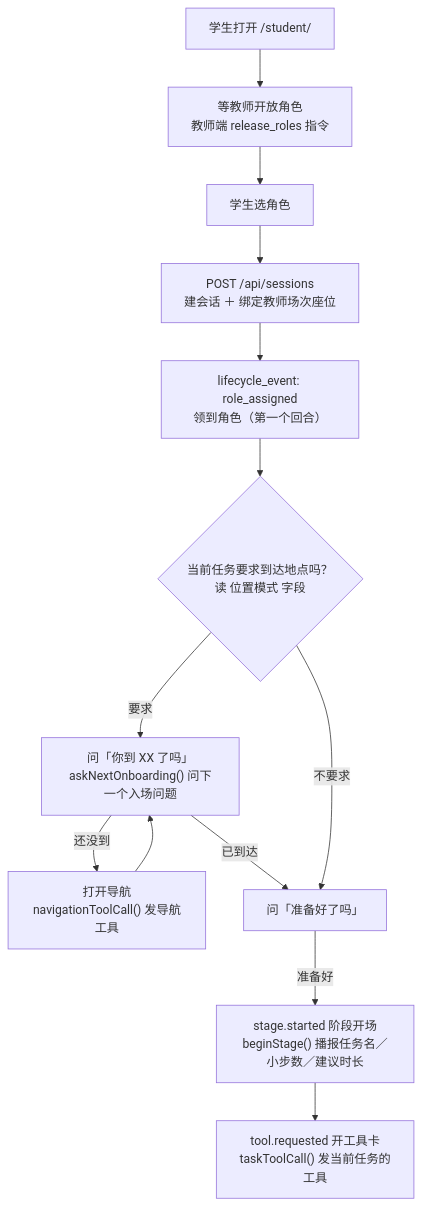
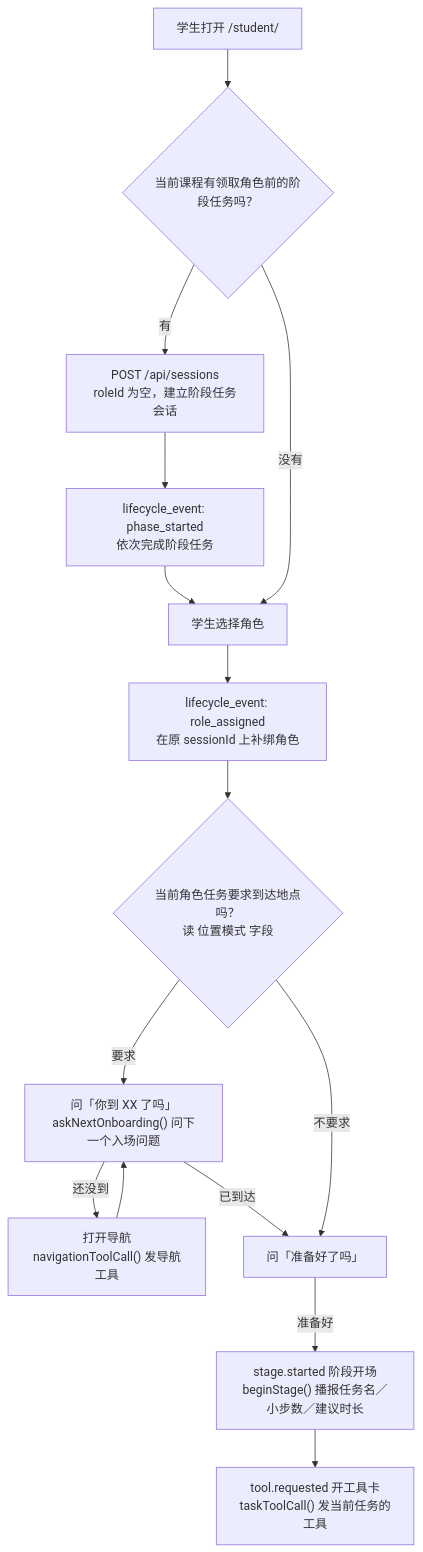
The third of 7 diagrams in TECHNICAL-LOGIC.md (sonya8892l-byte/bounderless-learning), drawn with Mermaid before and after one commit. The commit also changed other lines of this file and 58 other files, not shown here.

````diff
--- a/TECHNICAL-LOGIC.md
+++ b/TECHNICAL-LOGIC.md
@@ -196,15 +196,17 @@
 ```mermaid
 flowchart TD
-    A["学生打开 /student/"] --> B["等教师开放角色<br/>教师端 release_roles 指令"]
-    B --> C["学生选角色"]
-    C --> D["POST /api/sessions<br/>建会话 ＋ 绑定教师场次座位"]
-    D --> E["lifecycle_event: role_assigned<br/>领到角色（第一个回合）"]
-    E --> F{"当前任务要求到达地点吗？<br/>读 位置模式 字段"}
-    F -->|要求| G["问「你到 XX 了吗」<br/>askNextOnboarding() 问下一个入场问题"]
-    G -->|还没到| H["打开导航<br/>navigationToolCall() 发导航工具"]
-    H --> G
-    G -->|已到达| I["问「准备好了吗」"]
-    F -->|不要求| I
-    I -->|准备好| J["stage.started 阶段开场<br/>beginStage() 播报任务名／小步数／建议时长"]
-    J --> K["tool.requested 开工具卡<br/>taskToolCall() 发当前任务的工具"]
+    A["学生打开 /student/"] --> B{"当前课程有领取角色前的阶段任务吗？"}
+    B -->|有| C["POST /api/sessions<br/>roleId 为空，建立阶段任务会话"]
+    C --> D["lifecycle_event: phase_started<br/>依次完成阶段任务"]
+    D --> E["学生选择角色"]
+    B -->|没有| E
+    E --> F["lifecycle_event: role_assigned<br/>在原 sessionId 上补绑角色"]
+    F --> G{"当前角色任务要求到达地点吗？<br/>读 位置模式 字段"}
+    G -->|要求| H["问「你到 XX 了吗」<br/>askNextOnboarding() 问下一个入场问题"]
+    H -->|还没到| I["打开导航<br/>navigationToolCall() 发导航工具"]
+    I --> H
+    H -->|已到达| J["问「准备好了吗」"]
+    G -->|不要求| J
+    J -->|准备好| K["stage.started 阶段开场<br/>beginStage() 播报任务名／小步数／建议时长"]
+    K --> L["tool.requested 开工具卡<br/>taskToolCall() 发当前任务的工具"]
 ```
````
